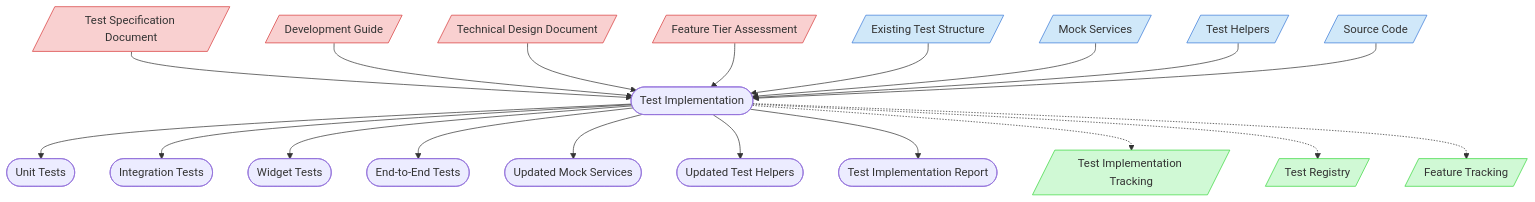
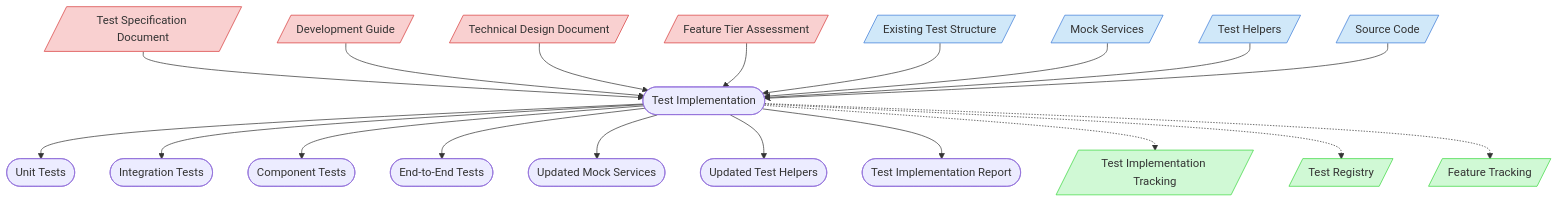
One commit to Abtomation/LinkWatcher changed the diagram in doc/process-framework/visualization/context-maps/03-testing/test-implementation-map.md. Above: the diagram before and after it, drawn with Mermaid. The commit also changed other lines of this file and 332 other files, not shown here.

````diff
--- a/doc/process-framework/visualization/context-maps/03-testing/test-implementation-map.md
+++ b/doc/process-framework/visualization/context-maps/03-testing/test-implementation-map.md
@@ -23,33 +23,33 @@
 ```mermaid
 graph TD
     classDef critical fill:#f9d0d0,stroke:#d83a3a
     classDef important fill:#d0e8f9,stroke:#3a7bd8
     classDef reference fill:#d0f9d5,stroke:#3ad83f
 
     TestSpec[/Test Specification Document/] --> TestImpl([Test Implementation])
     DevGuide[/Development Guide/] --> TestImpl
     TDD[/Technical Design Document/] --> TestImpl
     TierAssessment[/Feature Tier Assessment/] --> TestImpl
 
     TestImpl --> UnitTests([Unit Tests])
     TestImpl --> IntegrationTests([Integration Tests])
-    TestImpl --> WidgetTests([Widget Tests])
+    TestImpl --> ComponentTests([Component Tests])
     TestImpl --> E2ETests([End-to-End Tests])
 
     TestStructure[/Existing Test Structure/] --> TestImpl
     MockServices[/Mock Services/] --> TestImpl
     TestHelpers[/Test Helpers/] --> TestImpl
     SourceCode[/Source Code/] --> TestImpl
 
     TestImpl --> UpdatedMocks([Updated Mock Services])
     TestImpl --> UpdatedHelpers([Updated Test Helpers])
     TestImpl --> TestReport([Test Implementation Report])
 
     TestImpl -.-> TestImplTracking[/Test Implementation Tracking/]
     TestImpl -.-> TestRegistry[/Test Registry/]
     TestImpl -.-> FeatureTracking[/Feature Tracking/]
 
     class TestSpec,DevGuide,TDD,TierAssessment critical
     class TestStructure,MockServices,TestHelpers,SourceCode important
     class TestImplTracking,TestRegistry,FeatureTracking reference
 ```
````
